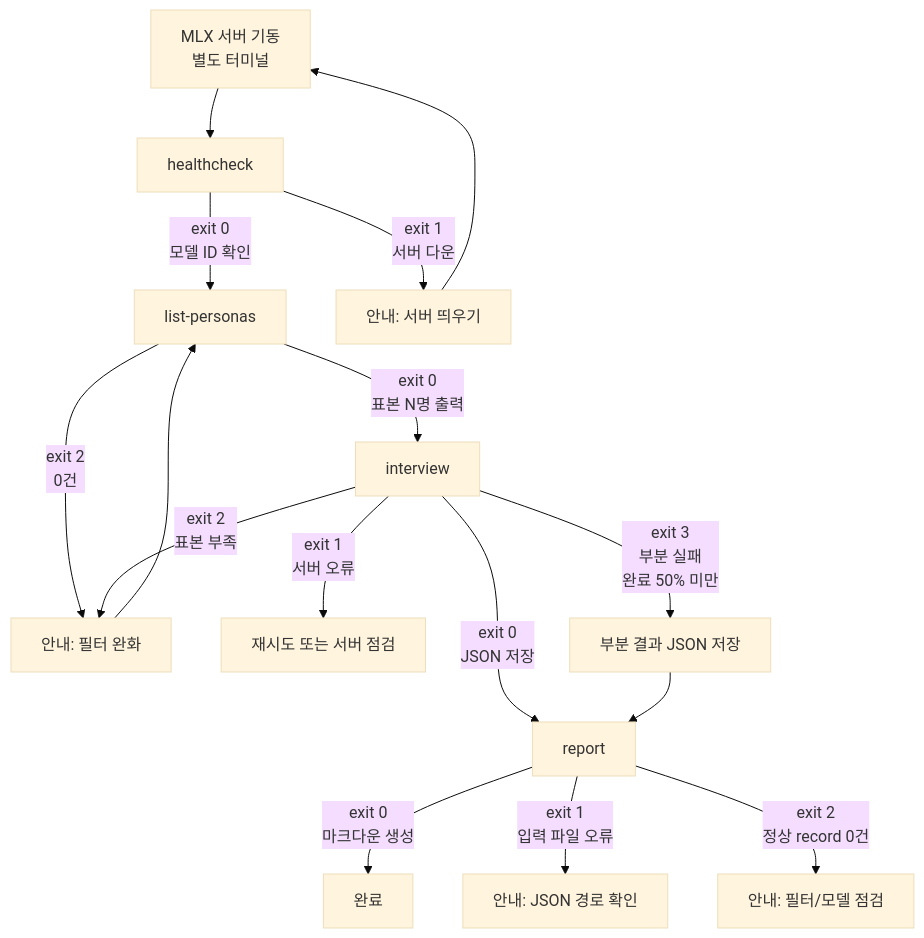
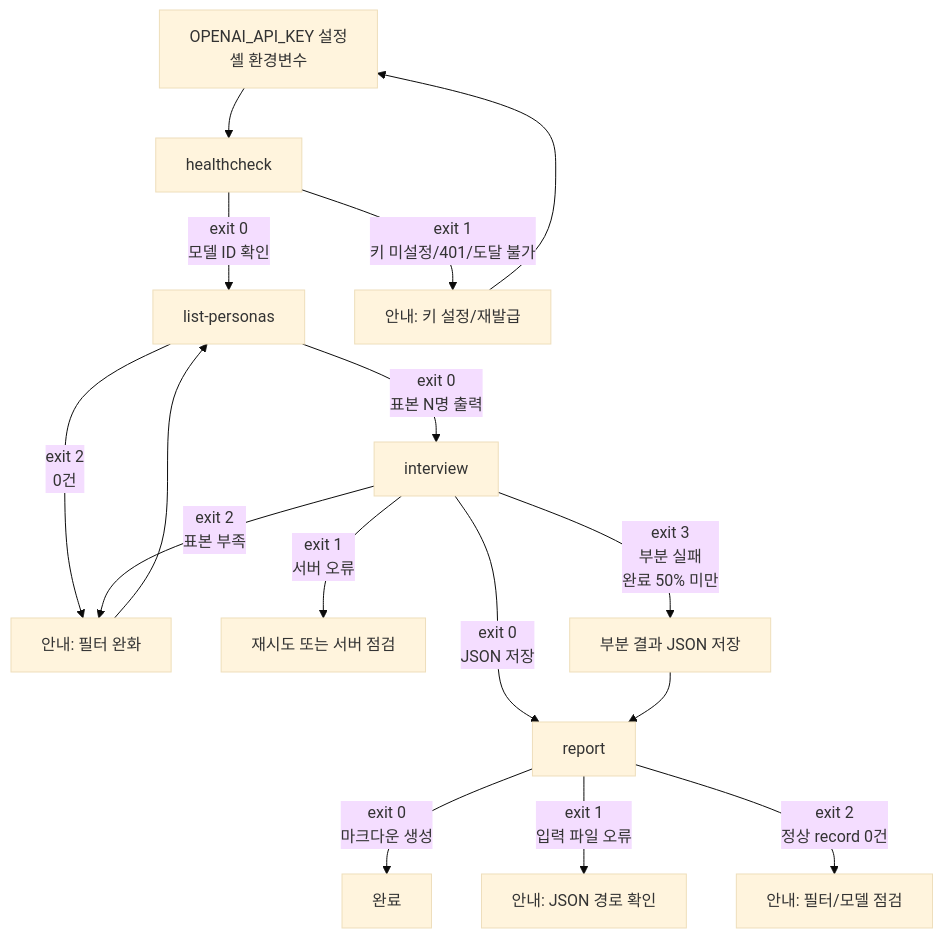
One commit to binaryloader/korea-persona-interview changed the diagram in docs/ui/korea-persona-interview.md. Above: the diagram before and after it, drawn with Mermaid (base theme). The commit also changed other lines of this file and 5 other files, not shown here.

````diff
--- a/docs/ui/korea-persona-interview.md
+++ b/docs/ui/korea-persona-interview.md
@@ -28,18 +28,18 @@
 ```mermaid
 flowchart TD
-    A[MLX 서버 기동<br/>별도 터미널] --> B[healthcheck]
+    A[OPENAI_API_KEY 설정<br/>셸 환경변수] --> B[healthcheck]
     B -->|exit 0<br/>모델 ID 확인| C[list-personas]
-    B -->|exit 1<br/>서버 다운| B1[안내: 서버 띄우기]
+    B -->|exit 1<br/>키 미설정/401/도달 불가| B1[안내: 키 설정/재발급]
     B1 --> A
     C -->|exit 0<br/>표본 N명 출력| D[interview]
     C -->|exit 2<br/>0건| C1[안내: 필터 완화]
     C1 --> C
     D -->|exit 0<br/>JSON 저장| E[report]
     D -->|exit 1<br/>서버 오류| D1[재시도 또는 서버 점검]
     D -->|exit 2<br/>표본 부족| C1
     D -->|exit 3<br/>부분 실패<br/>완료 50% 미만| D2[부분 결과 JSON 저장]
     D2 --> E
     E -->|exit 0<br/>마크다운 생성| F[완료]
     E -->|exit 1<br/>입력 파일 오류| E1[안내: JSON 경로 확인]
     E -->|exit 2<br/>정상 record 0건| E2[안내: 필터/모델 점검]
 ```
````
